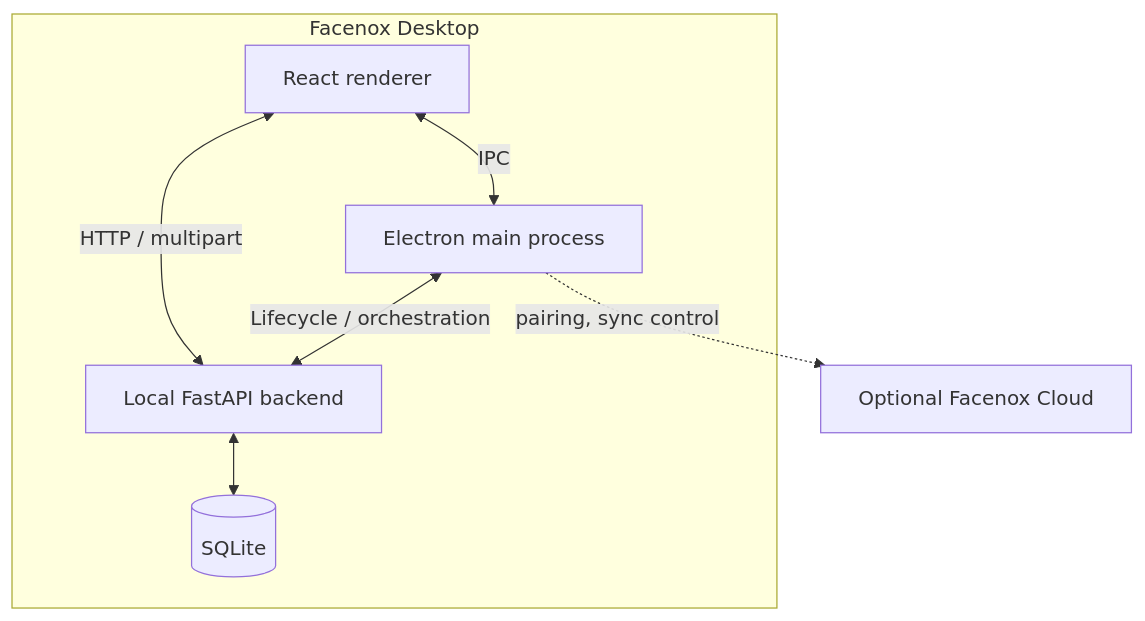
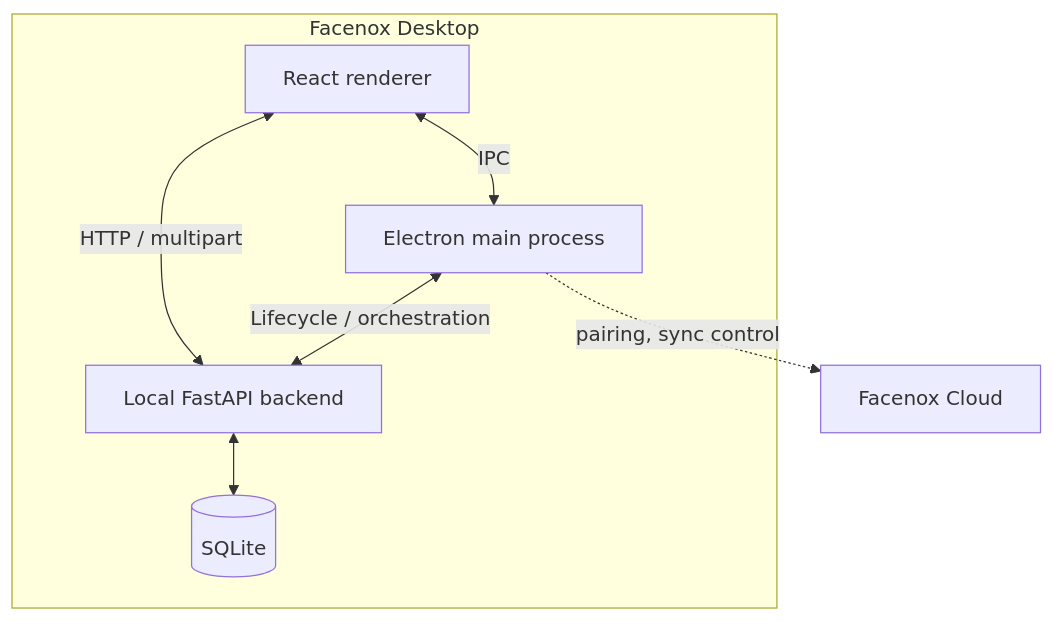
Before and after one commit to facenox/facenox: the diagram in docs/ARCHITECTURE.md, drawn with Mermaid. The commit also changed other lines of this file and 16 other files, not shown here.

````diff
--- a/docs/ARCHITECTURE.md
+++ b/docs/ARCHITECTURE.md
@@ -15,18 +15,18 @@
 ```mermaid
 graph TD
     subgraph Desktop["Facenox Desktop"]
         UI["React renderer"]
         MAIN["Electron main process"]
         API["Local FastAPI backend"]
         DB[("SQLite")]
 
         UI <-->|IPC| MAIN
         UI <-->|HTTP / multipart| API
         MAIN <-->|Lifecycle / orchestration| API
         API <--> DB
     end
 
-    CLOUD["Optional Facenox Cloud"]
+    CLOUD["Facenox Cloud"]
 
     MAIN -. pairing, sync control .-> CLOUD
 ```
````
